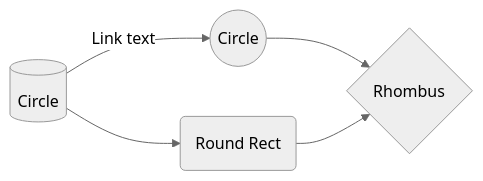
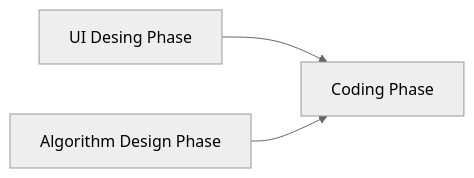
The diagram in DevTeam/DevTeam-method.md (GuillermoBaldan/method-team-work), drawn with Mermaid (neutral theme) before and after one commit. The commit also changed other lines of this file, not shown here.

Commit message:
DevTeam-method.md updated

````diff
--- a/DevTeam/DevTeam-method.md
+++ b/DevTeam/DevTeam-method.md
@@ -2,7 +2,5 @@
 ```mermaid
 graph LR
-A[(Circle)] -- Link text --> B((Circle))
-A --> C(Round Rect)
-B --> D{Rhombus}
-C --> D
+A[UI Desing Phase] --> B[Coding Phase]
+C[Algorithm Design Phase] --> B
 ```
````
